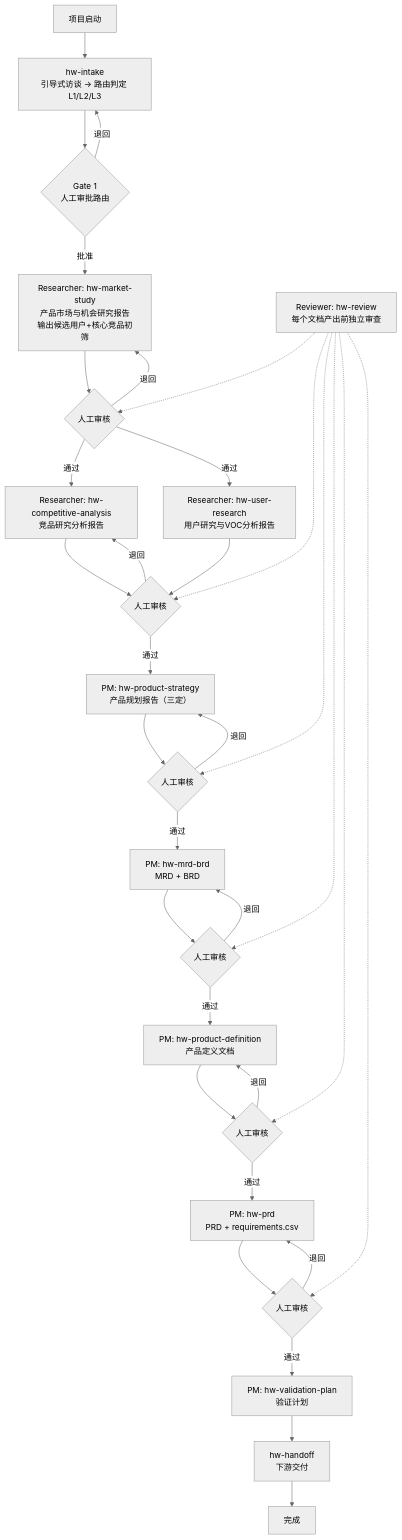
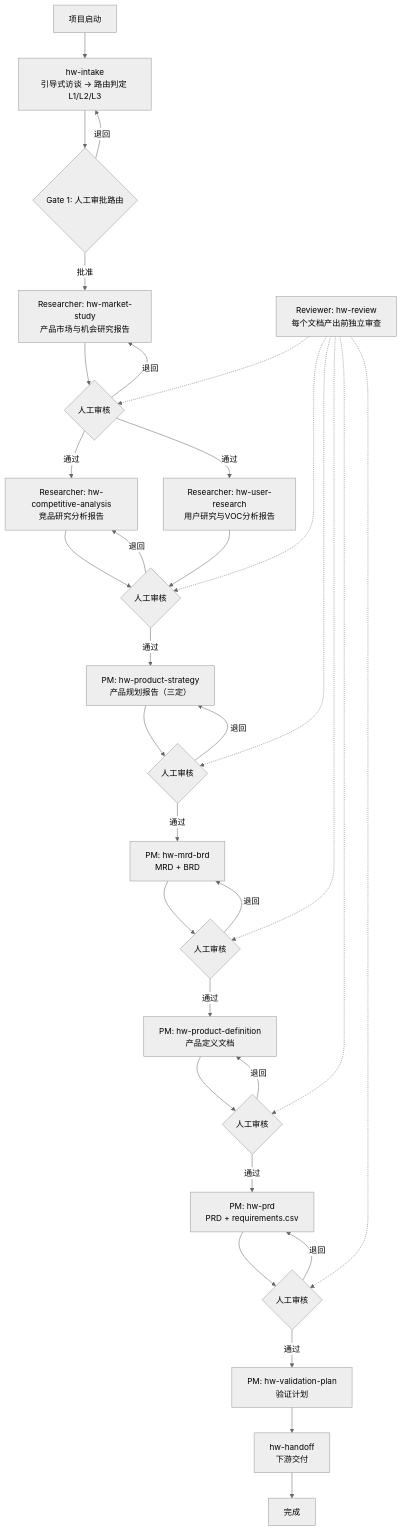
One commit to Yu-Jianwen/PM-Agent changed the second of 3 diagrams in docs/architecture.md. Above: the diagram before and after it, drawn with Mermaid (neutral theme). The commit also changed other lines of this file, not shown here.

````diff
--- a/docs/architecture.md
+++ b/docs/architecture.md
@@ -117,43 +134,43 @@
 ```mermaid
 flowchart TD
     START["项目启动"] --> INTAKE["hw-intake<br/>引导式访谈 → 路由判定 L1/L2/L3"]
-    INTAKE --> GATE1{"Gate 1<br/>人工审批路由"}
-    GATE1 -->|"批准"| MARKET["Researcher: hw-market-study<br/>产品市场与机会研究报告<br/>输出候选用户+核心竞品初筛"]
+    INTAKE --> GATE1{"Gate 1: 人工审批路由"}
+    GATE1 -->|"批准"| MARKET["Researcher: hw-market-study<br/>产品市场与机会研究报告"]
     GATE1 -->|"退回"| INTAKE
 
     MARKET --> GATE2{"人工审核"}
     GATE2 -->|"通过"| COMP["Researcher: hw-competitive-analysis<br/>竞品研究分析报告"]
     GATE2 -->|"通过"| USER["Researcher: hw-user-research<br/>用户研究与VOC分析报告"]
     GATE2 -->|"退回"| MARKET
 
     COMP --> GATE3{"人工审核"}
     USER --> GATE3
     GATE3 -->|"通过"| STRATEGY["PM: hw-product-strategy<br/>产品规划报告（三定）"]
     GATE3 -->|"退回"| COMP
 
     STRATEGY --> GATE4{"人工审核"}
     GATE4 -->|"通过"| MRD["PM: hw-mrd-brd<br/>MRD + BRD"]
     GATE4 -->|"退回"| STRATEGY
 
     MRD --> GATE5{"人工审核"}
     GATE5 -->|"通过"| DEF["PM: hw-product-definition<br/>产品定义文档"]
     GATE5 -->|"退回"| MRD
 
     DEF --> GATE6{"人工审核"}
     GATE6 -->|"通过"| PRD["PM: hw-prd<br/>PRD + requirements.csv"]
     GATE6 -->|"退回"| DEF
 
     PRD --> GATE7{"人工审核"}
     GATE7 -->|"通过"| VAL["PM: hw-validation-plan<br/>验证计划"]
     GATE7 -->|"退回"| PRD
 
     VAL --> HANDOFF["hw-handoff<br/>下游交付"]
     HANDOFF --> END["完成"]
 
     REVIEW["Reviewer: hw-review<br/>每个文档产出前独立审查"] -.-> GATE2
     REVIEW -.-> GATE3
     REVIEW -.-> GATE4
     REVIEW -.-> GATE5
     REVIEW -.-> GATE6
     REVIEW -.-> GATE7
 ```
````
